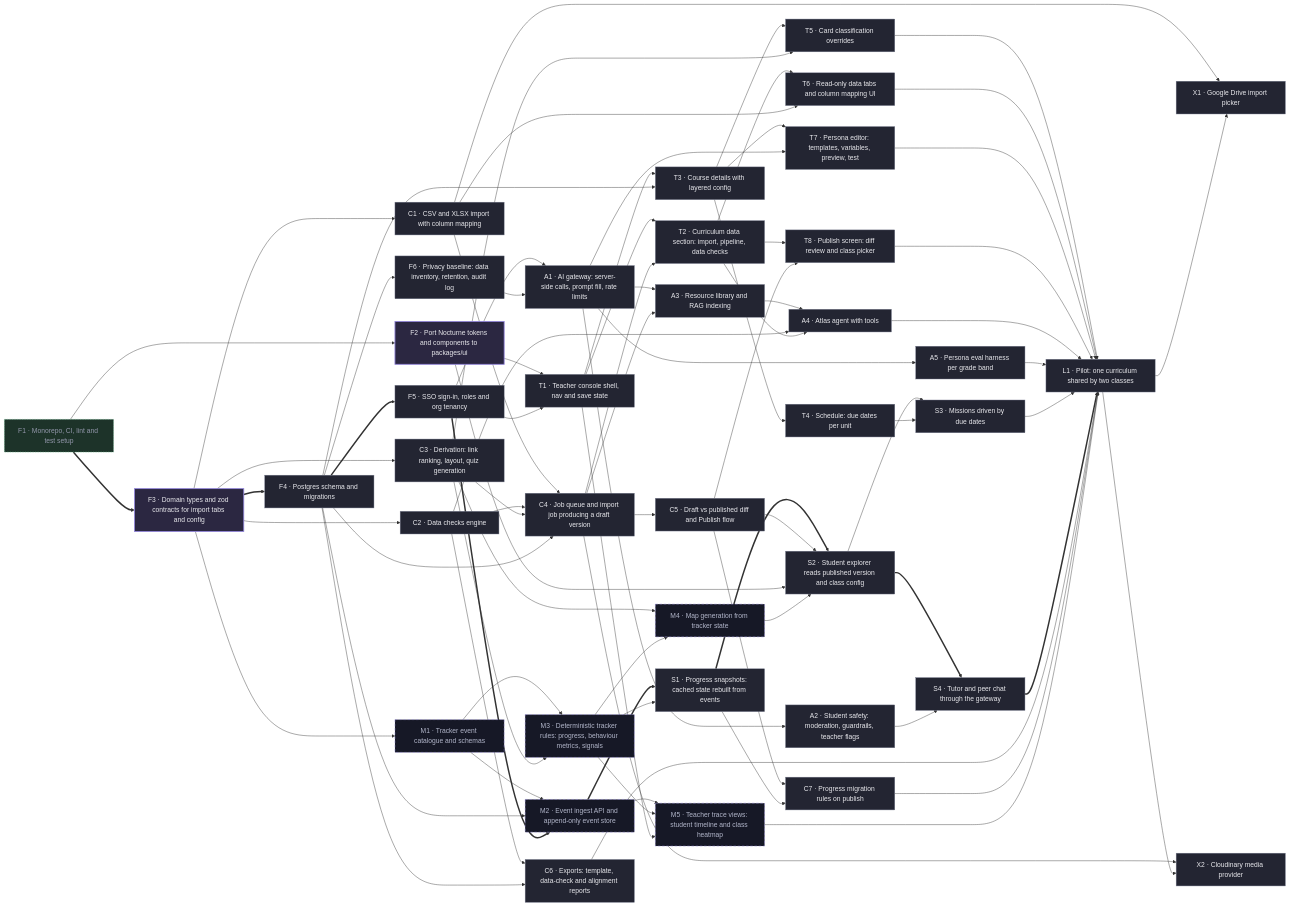
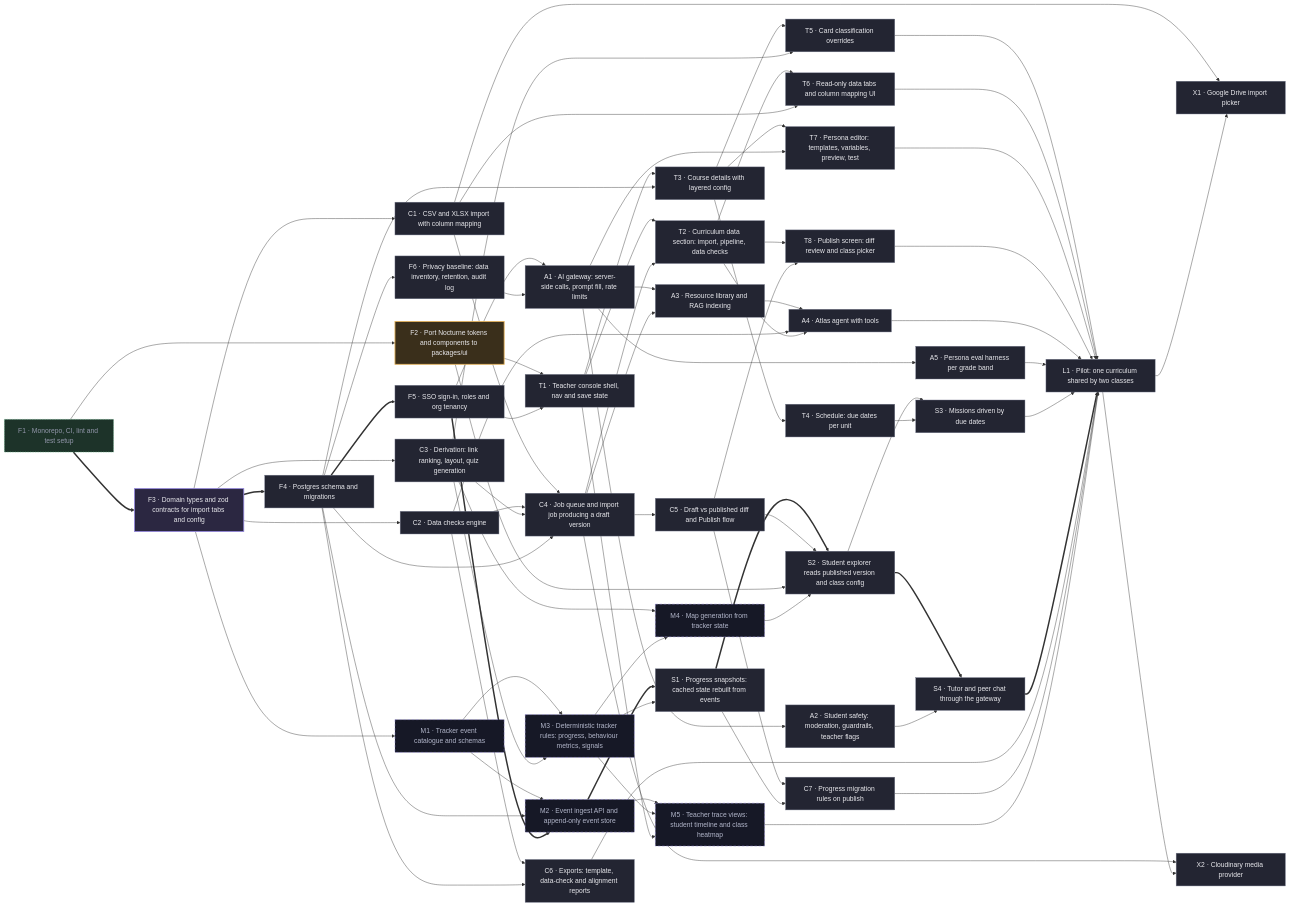
One commit to tenkevin/mind-your-tutor changed the diagram in docs/PLAN.md. Above: the diagram before and after it, drawn with Mermaid. The commit also changed other lines of this file and 1 other file, not shown here.

First line of the commit message:
plan: F2 in review (PR #3)

````diff
--- a/docs/PLAN.md
+++ b/docs/PLAN.md
@@ -198,7 +198,8 @@
   classDef done fill:#1d3329,stroke:#6fcf97,color:#9397ab,stroke-dasharray:3 3
   classDef spec fill:#161826,stroke:#968ae0,color:#b2b6ca,stroke-dasharray:6 4
   class F4,F5,F6,C1,C2,C3,C4,C5,C6,C7,T1,T2,T3,T4,T5,T6,T7,T8,A1,A2,A3,A4,A5,S1,S2,S3,S4,L1,X1,X2 todo
-  class F2,F3 doing
+  class F3 doing
+  class F2 review
   class F1 done
   class M1,M2,M3,M4,M5 spec
 ```
````
